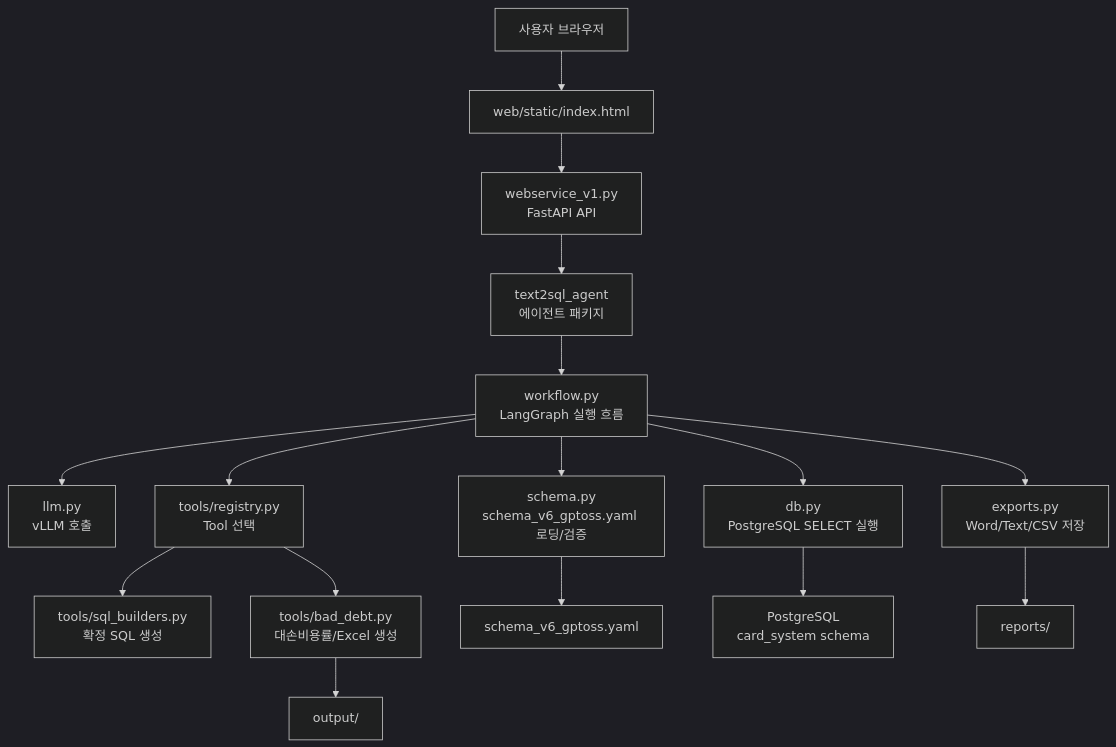
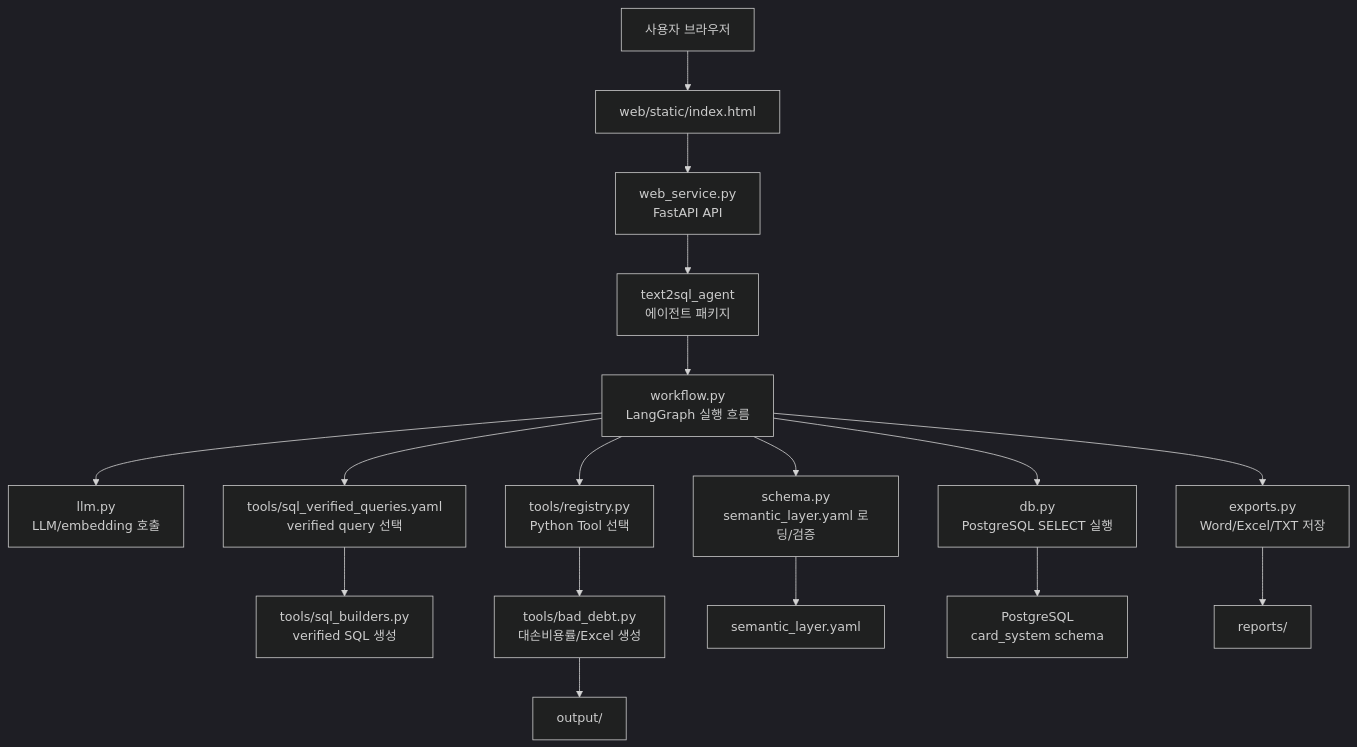
The diagram in README.md (sminsu/corporate_sales), drawn with Mermaid (dark theme) before and after one commit. The commit also changed other lines of this file and 129 other files, not shown here.

````diff
--- a/README.md
+++ b/README.md
@@ -13,20 +13,21 @@
 ```mermaid
 flowchart TD
     U["사용자 브라우저"] --> UI["web/static/index.html"]
-    UI --> API["webservice_v1.py<br/>FastAPI API"]
+    UI --> API["web_service.py<br/>FastAPI API"]
     API --> AGENT["text2sql_agent<br/>에이전트 패키지"]
     AGENT --> WF["workflow.py<br/>LangGraph 실행 흐름"]
 
-    WF --> LLM["llm.py<br/>vLLM 호출"]
-    WF --> SCHEMA["schema.py<br/>schema_v6_gptoss.yaml 로딩/검증"]
-    WF --> TOOLS["tools/registry.py<br/>Tool 선택"]
-    TOOLS --> SQLB["tools/sql_builders.py<br/>확정 SQL 생성"]
+    WF --> LLM["llm.py<br/>LLM/embedding 호출"]
+    WF --> SCHEMA["schema.py<br/>semantic_layer.yaml 로딩/검증"]
+    WF --> TOOLS["tools/registry.py<br/>Python Tool 선택"]
+    WF --> VQ["tools/sql_verified_queries.yaml<br/>verified query 선택"]
+    VQ --> SQLB["tools/sql_builders.py<br/>verified SQL 생성"]
     TOOLS --> BAD["tools/bad_debt.py<br/>대손비용률/Excel 생성"]
     WF --> DB["db.py<br/>PostgreSQL SELECT 실행"]
-    WF --> EXPORT["exports.py<br/>Word/Text/CSV 저장"]
+    WF --> EXPORT["exports.py<br/>Word/Excel/TXT 저장"]
 
-    SCHEMA --> YAML["schema_v6_gptoss.yaml"]
+    SCHEMA --> YAML["semantic_layer.yaml"]
     DB --> PG["PostgreSQL<br/>card_system schema"]
     BAD --> OUT["output/"]
     EXPORT --> REPORTS["reports/"]
 ```
````
